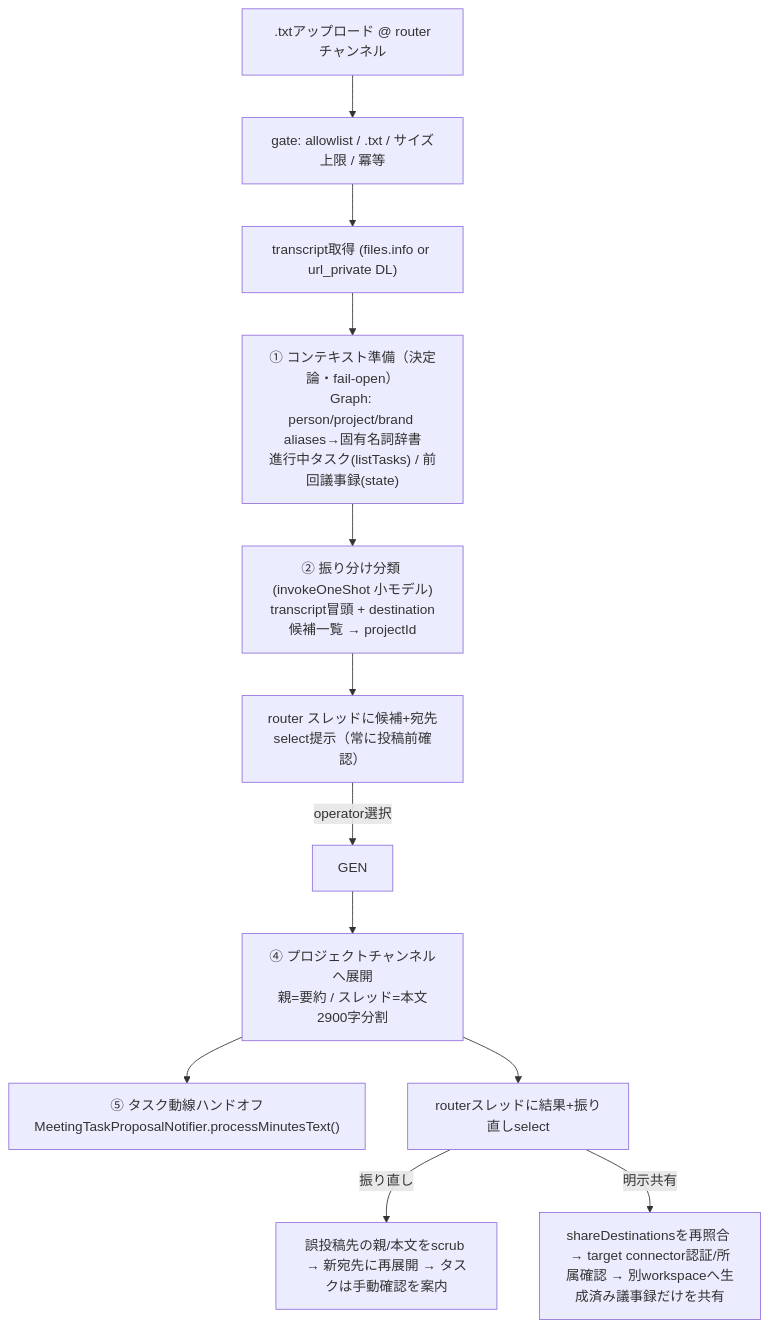
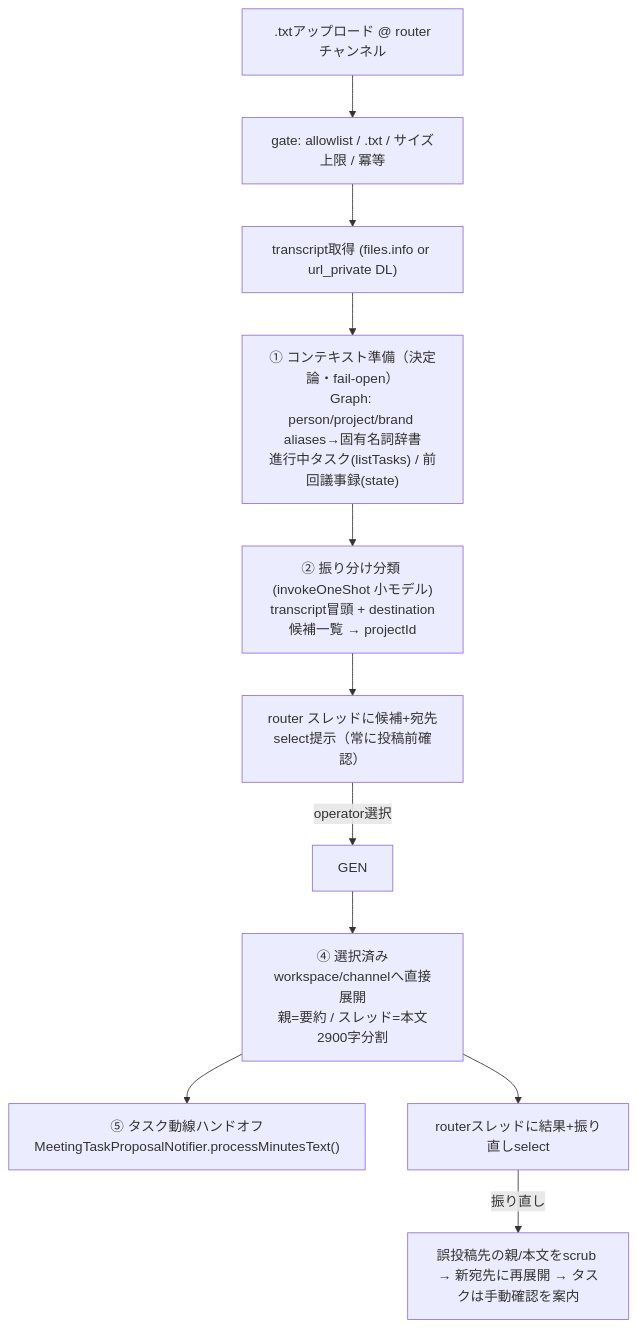
The diagram in docs/architecture/story-meeting-minutes-pipeline.md (Unson-LLC/mana-runtime), drawn with Mermaid before and after one commit. The commit also changed other lines of this file and 8 other files, not shown here.

````diff
--- a/docs/architecture/story-meeting-minutes-pipeline.md
+++ b/docs/architecture/story-meeting-minutes-pipeline.md
@@ -44,14 +44,13 @@
 ```mermaid
 flowchart TD
   U[".txtアップロード @ routerチャンネル"] --> G["gate: allowlist / .txt / サイズ上限 / 冪等"]
   G --> DL["transcript取得 (files.info or url_private DL)"]
   DL --> CTX["① コンテキスト準備（決定論・fail-open）\nGraph: person/project/brand aliases→固有名詞辞書\n進行中タスク(listTasks) / 前回議事録(state)"]
   CTX --> RT["② 振り分け分類 (invokeOneShot 小モデル)\ntranscript冒頭 + destination候補一覧 → projectId"]
   RT --> ASK["router スレッドに候補+宛先select提示（常に投稿前確認）"]
   ASK -->|operator選択| GEN
-  GEN --> POST["④ プロジェクトチャンネルへ展開\n親=要約 / スレッド=本文2900字分割"]
+  GEN --> POST["④ 選択済みworkspace/channelへ直接展開\n親=要約 / スレッド=本文2900字分割"]
   POST --> HAND["⑤ タスク動線ハンドオフ\nMeetingTaskProposalNotifier.processMinutesText()"]
   POST --> CTRL["routerスレッドに結果+振り直しselect"]
   CTRL -->|振り直し| REROUTE["誤投稿先の親/本文をscrub → 新宛先に再展開 → タスクは手動確認を案内"]
-  CTRL -->|明示共有| SHARE["shareDestinationsを再照合 → target connector認証/所属確認 → 別workspaceへ生成済み議事録だけを共有"]
 ```
````
